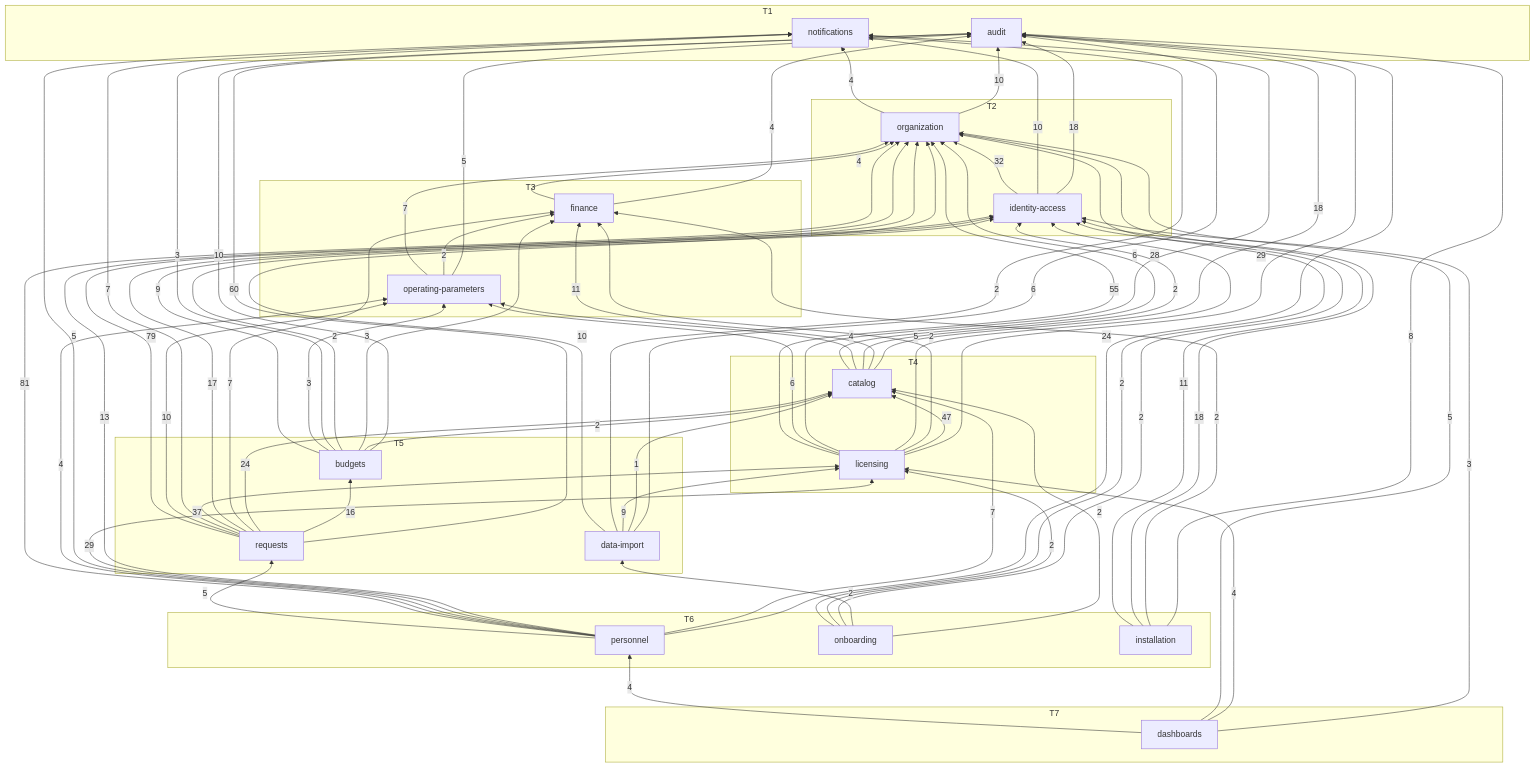
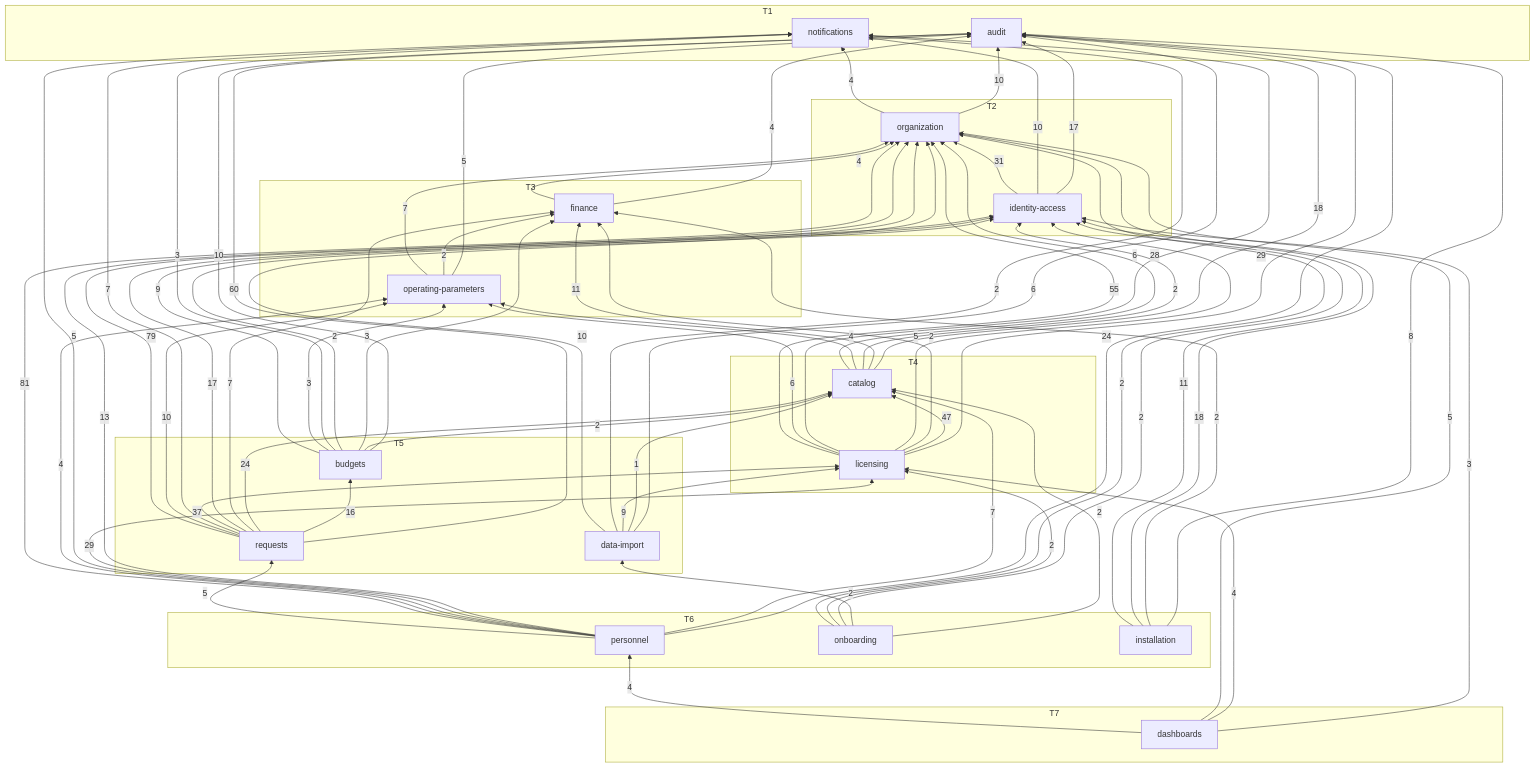
One commit to SEP490-FALL2026/BE-dev changed the diagram in docs/generated/module-graph.md. Above: the diagram before and after it, drawn with Mermaid. The commit also changed 21 other files, not shown here.

```diff
--- a/docs/generated/module-graph.md
+++ b/docs/generated/module-graph.md
@@ -57,9 +57,9 @@
   data_import -->|10| organization
   finance -->|4| audit
   finance -->|4| organization
-  identity_access -->|18| audit
+  identity_access -->|17| audit
   identity_access -->|10| notifications
-  identity_access -->|32| organization
+  identity_access -->|31| organization
   installation -->|8| audit
   installation -->|2| finance
   installation -->|18| identity_access
```
